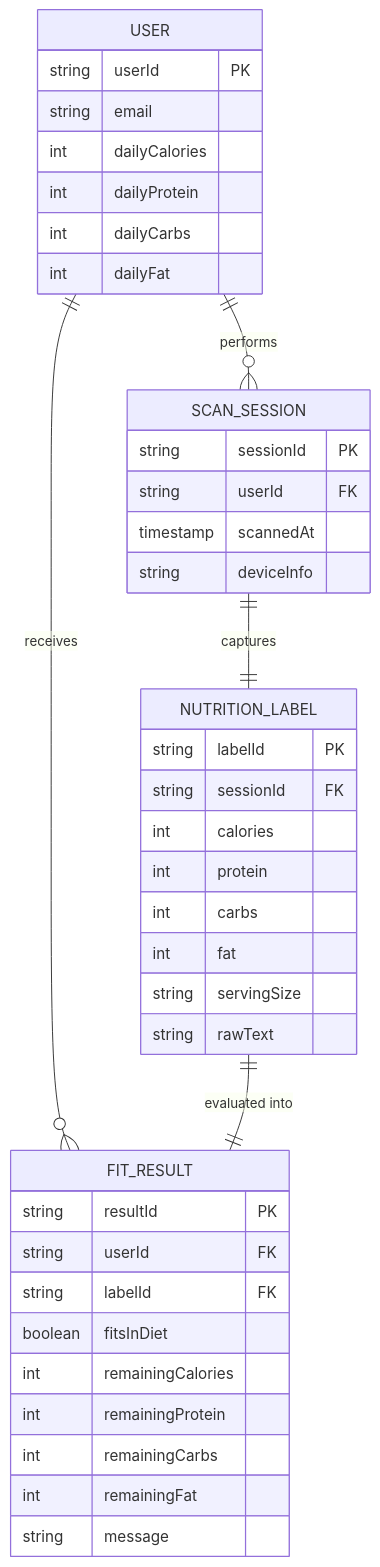
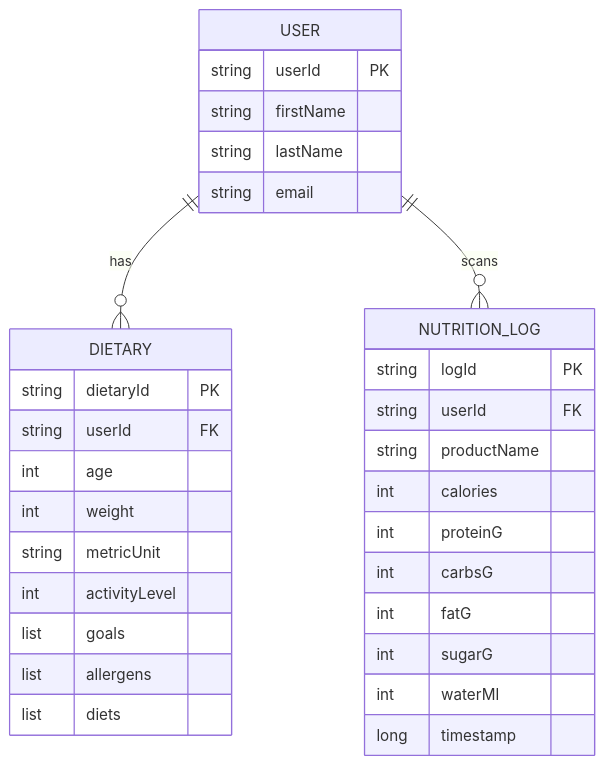
One commit to JerryLin-SWE/NutriScan changed the diagram in docs/er_diagram.mmd. Above: the diagram before and after it, drawn with Mermaid. The commit also changed other lines of this file and 2 other files, not shown here.

Commit message:
docs: Update class, ER , and sequence to reflect current arachiteture

```diff
--- a/docs/er_diagram.mmd
+++ b/docs/er_diagram.mmd
@@ -1,44 +1,35 @@
 erDiagram
     USER {
         string userId PK
+        string firstName
+        string lastName
         string email
-        int dailyCalories
-        int dailyProtein
-        int dailyCarbs
-        int dailyFat
     }
 
-    SCAN_SESSION {
-        string sessionId PK
+    DIETARY {
+        string dietaryId PK
         string userId FK
-        timestamp scannedAt
-        string deviceInfo
+        int age
+        int weight
+        string metricUnit
+        int activityLevel
+        list goals
+        list allergens
+        list diets
     }
 
-    NUTRITION_LABEL {
-        string labelId PK
-        string sessionId FK
+    NUTRITION_LOG {
+        string logId PK
+        string userId FK
+        string productName
         int calories
-        int protein
-        int carbs
-        int fat
-        string servingSize
-        string rawText
+        int proteinG
+        int carbsG
+        int fatG
+        int sugarG
+        int waterMl
+        long timestamp
     }
 
-    FIT_RESULT {
-        string resultId PK
-        string userId FK
-        string labelId FK
-        boolean fitsInDiet
-        int remainingCalories
-        int remainingProtein
-        int remainingCarbs
-        int remainingFat
-        string message
-    }
-
-    USER ||--o{ SCAN_SESSION : "performs"
-    SCAN_SESSION ||--|| NUTRITION_LABEL : "captures"
-    USER ||--o{ FIT_RESULT : "receives"
-    NUTRITION_LABEL ||--|| FIT_RESULT : "evaluated into"
+    USER ||--o{ DIETARY : "has"
+    USER ||--o{ NUTRITION_LOG : "scans"
```
